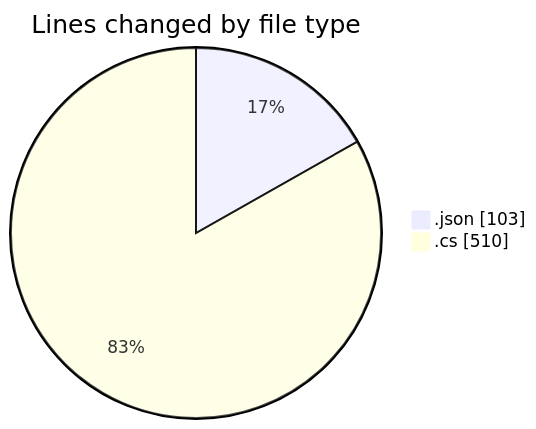
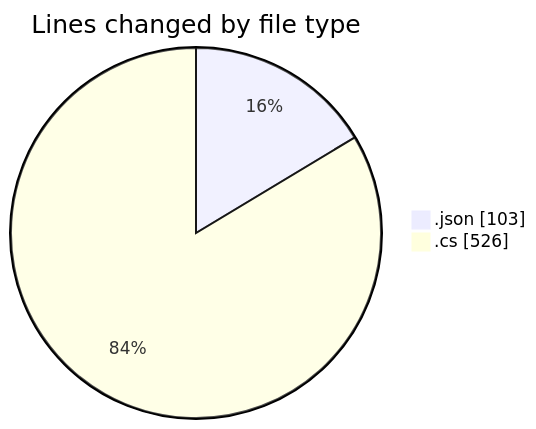
One commit to Netris89/code-tracking changed the first of 2 diagrams in 2025-03-20/back-end/README.md. Above: the diagram before and after it, drawn with Mermaid. The commit also changed other lines of this file and 1 other file, not shown here.

````diff
--- a/2025-03-20/back-end/README.md
+++ b/2025-03-20/back-end/README.md
@@ -24,6 +24,6 @@
 ```mermaid
 pie showData
 title Lines changed by file type
 ".json" : 103
-".cs" : 510
+".cs" : 526
 ```
````
